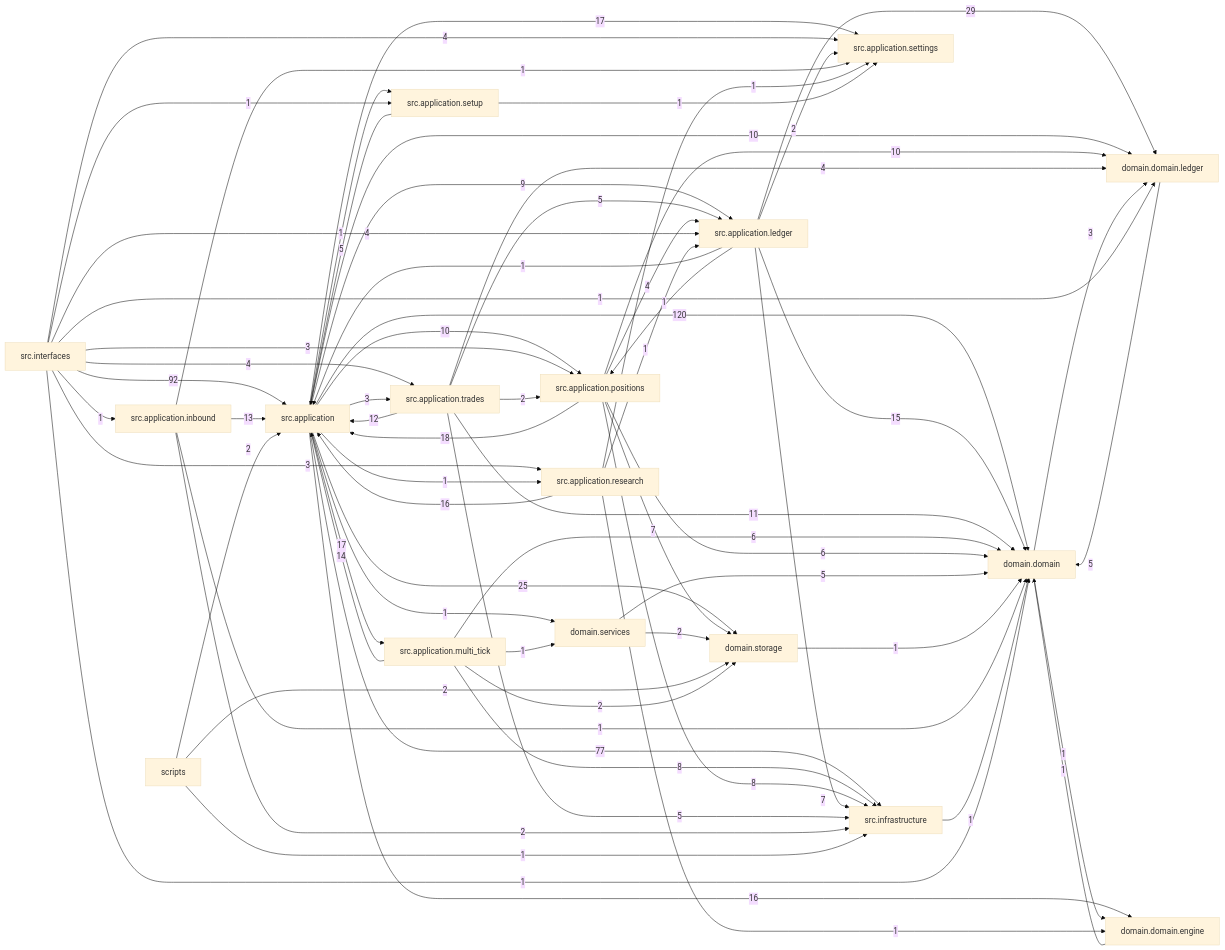
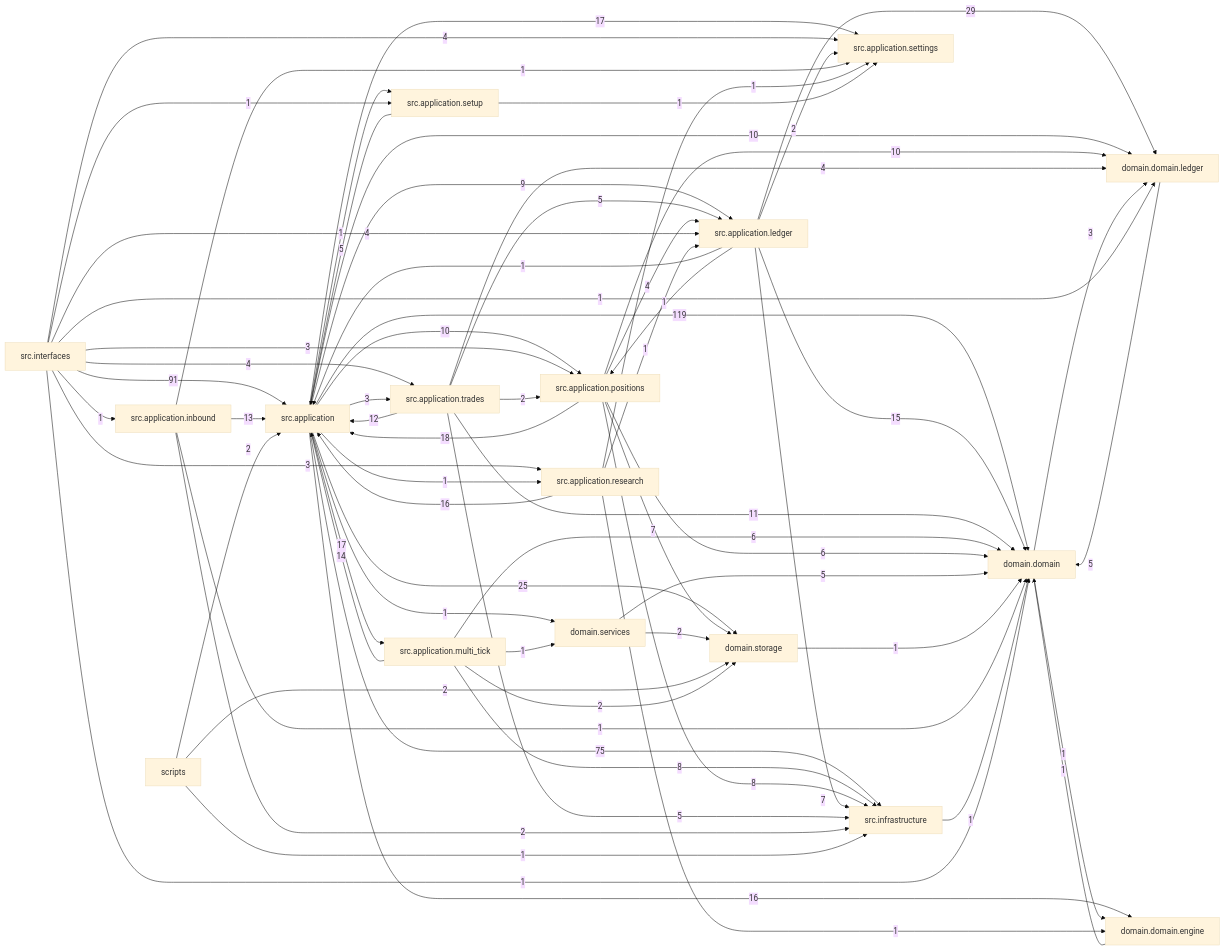
One commit to liuxie066/options-monitor changed the diagram in docs/dependency_graph.mmd. Above: the diagram before and after it, drawn with Mermaid (base theme). The commit also changed 85 other files, not shown here.

```diff
--- a/docs/dependency_graph.mmd
+++ b/docs/dependency_graph.mmd
@@ -1,68 +1,68 @@
 flowchart LR
-  src_application["src.application"] -->|120| domain_domain["domain.domain"]
-  src_interfaces["src.interfaces"] -->|92| src_application["src.application"]
-  src_application["src.application"] -->|77| src_infrastructure["src.infrastructure"]
+  src_application["src.application"] -->|119| domain_domain["domain.domain"]
+  src_interfaces["src.interfaces"] -->|91| src_application["src.application"]
+  src_application["src.application"] -->|75| src_infrastructure["src.infrastructure"]
   src_application_ledger["src.application.ledger"] -->|29| domain_domain_ledger["domain.domain.ledger"]
   src_application["src.application"] -->|25| domain_storage["domain.storage"]
   src_application_positions["src.application.positions"] -->|18| src_application["src.application"]
   src_application["src.application"] -->|17| src_application_multi_tick["src.application.multi_tick"]
   src_application["src.application"] -->|17| src_application_settings["src.application.settings"]
   src_application["src.application"] -->|16| domain_domain_engine["domain.domain.engine"]
   src_application_research["src.application.research"] -->|16| src_application["src.application"]
   src_application_ledger["src.application.ledger"] -->|15| domain_domain["domain.domain"]
   src_application_multi_tick["src.application.multi_tick"] -->|14| src_application["src.application"]
   src_application_inbound["src.application.inbound"] -->|13| src_application["src.application"]
   src_application_trades["src.application.trades"] -->|12| src_application["src.application"]
   src_application_trades["src.application.trades"] -->|11| domain_domain["domain.domain"]
   src_application["src.application"] -->|10| domain_domain_ledger["domain.domain.ledger"]
   src_application["src.application"] -->|10| src_application_positions["src.application.positions"]
   src_application_positions["src.application.positions"] -->|10| domain_domain_ledger["domain.domain.ledger"]
   src_application["src.application"] -->|9| src_application_ledger["src.application.ledger"]
   src_application_multi_tick["src.application.multi_tick"] -->|8| src_infrastructure["src.infrastructure"]
   src_application_positions["src.application.positions"] -->|8| src_infrastructure["src.infrastructure"]
   src_application_ledger["src.application.ledger"] -->|7| src_infrastructure["src.infrastructure"]
   src_application_positions["src.application.positions"] -->|7| domain_storage["domain.storage"]
   src_application_multi_tick["src.application.multi_tick"] -->|6| domain_domain["domain.domain"]
   src_application_positions["src.application.positions"] -->|6| domain_domain["domain.domain"]
   domain_domain_ledger["domain.domain.ledger"] -->|5| domain_domain["domain.domain"]
   domain_services["domain.services"] -->|5| domain_domain["domain.domain"]
   src_application_setup["src.application.setup"] -->|5| src_application["src.application"]
   src_application_trades["src.application.trades"] -->|5| src_application_ledger["src.application.ledger"]
   src_application_trades["src.application.trades"] -->|5| src_infrastructure["src.infrastructure"]
   src_application_positions["src.application.positions"] -->|4| src_application_ledger["src.application.ledger"]
   src_application_trades["src.application.trades"] -->|4| domain_domain_ledger["domain.domain.ledger"]
   src_interfaces["src.interfaces"] -->|4| src_application_ledger["src.application.ledger"]
   src_interfaces["src.interfaces"] -->|4| src_application_settings["src.application.settings"]
   src_interfaces["src.interfaces"] -->|4| src_application_trades["src.application.trades"]
   domain_domain["domain.domain"] -->|3| domain_domain_ledger["domain.domain.ledger"]
   src_application["src.application"] -->|3| src_application_trades["src.application.trades"]
   src_interfaces["src.interfaces"] -->|3| src_application_positions["src.application.positions"]
   src_interfaces["src.interfaces"] -->|3| src_application_research["src.application.research"]
   domain_services["domain.services"] -->|2| domain_storage["domain.storage"]
   scripts["scripts"] -->|2| domain_storage["domain.storage"]
   scripts["scripts"] -->|2| src_application["src.application"]
   src_application_inbound["src.application.inbound"] -->|2| src_infrastructure["src.infrastructure"]
   src_application_ledger["src.application.ledger"] -->|2| src_application_settings["src.application.settings"]
   src_application_multi_tick["src.application.multi_tick"] -->|2| domain_storage["domain.storage"]
   src_application_trades["src.application.trades"] -->|2| src_application_positions["src.application.positions"]
   domain_domain["domain.domain"] -->|1| domain_domain_engine["domain.domain.engine"]
   domain_domain_engine["domain.domain.engine"] -->|1| domain_domain["domain.domain"]
   domain_storage["domain.storage"] -->|1| domain_domain["domain.domain"]
   scripts["scripts"] -->|1| src_infrastructure["src.infrastructure"]
   src_application["src.application"] -->|1| domain_services["domain.services"]
   src_application["src.application"] -->|1| src_application_research["src.application.research"]
   src_application["src.application"] -->|1| src_application_setup["src.application.setup"]
   src_application_inbound["src.application.inbound"] -->|1| domain_domain["domain.domain"]
   src_application_inbound["src.application.inbound"] -->|1| src_application_settings["src.application.settings"]
   src_application_ledger["src.application.ledger"] -->|1| src_application["src.application"]
   src_application_ledger["src.application.ledger"] -->|1| src_application_positions["src.application.positions"]
   src_application_multi_tick["src.application.multi_tick"] -->|1| domain_services["domain.services"]
   src_application_research["src.application.research"] -->|1| domain_domain_engine["domain.domain.engine"]
   src_application_research["src.application.research"] -->|1| src_application_ledger["src.application.ledger"]
   src_application_research["src.application.research"] -->|1| src_application_settings["src.application.settings"]
   src_application_setup["src.application.setup"] -->|1| src_application_settings["src.application.settings"]
   src_infrastructure["src.infrastructure"] -->|1| domain_domain["domain.domain"]
   src_interfaces["src.interfaces"] -->|1| domain_domain["domain.domain"]
   src_interfaces["src.interfaces"] -->|1| domain_domain_ledger["domain.domain.ledger"]
   src_interfaces["src.interfaces"] -->|1| src_application_inbound["src.application.inbound"]
   src_interfaces["src.interfaces"] -->|1| src_application_setup["src.application.setup"]
```
